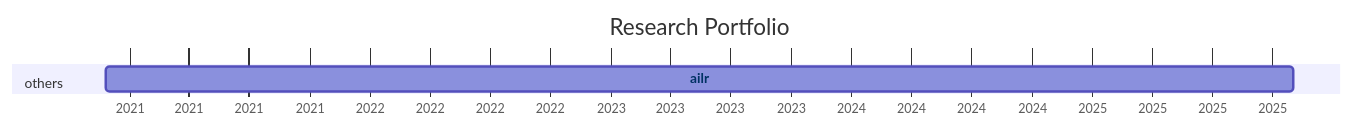
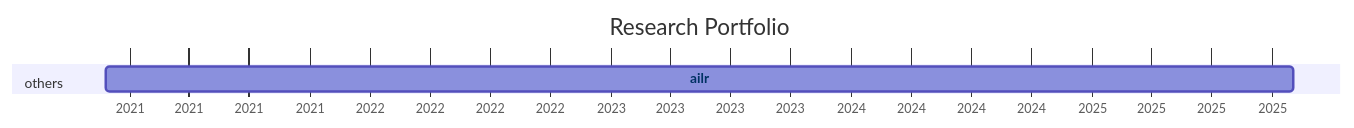
One commit to digital-work-lab/handbook changed the diagram in docs/20-research/25-projects-gantt.md. Above: the diagram before and after it, drawn with Mermaid.

Commit message:
Update repository overview

````diff
--- a/docs/20-research/25-projects-gantt.md
+++ b/docs/20-research/25-projects-gantt.md
@@ -8,21 +8,21 @@
 ```mermaid
 ---
 displayMode: compact
 ---
 gantt
 title Research Portfolio
 dateFormat YYYY-MM-DD
 axisFormat %Y
 
     section work_practices
 
     section distributed_organizing
 
     section knowledge_synthesis
 
     section others
-        ailr :ailr, 2020-11-26, 2025-11-02
+        ailr :ailr, 2020-11-26, 2025-11-03
 
 
     click ailr href "{{ site.baseurl }}/docs/10-lab/18-resources/ailr.html"
 ```
````
